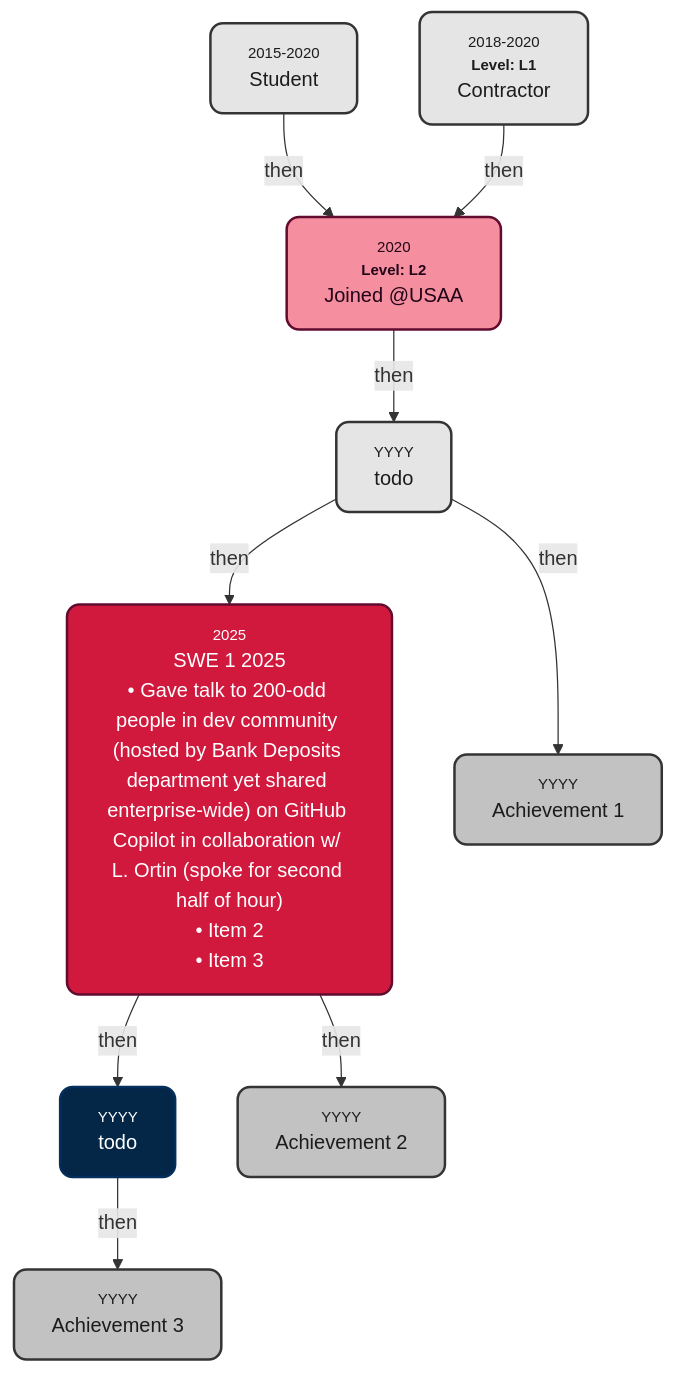
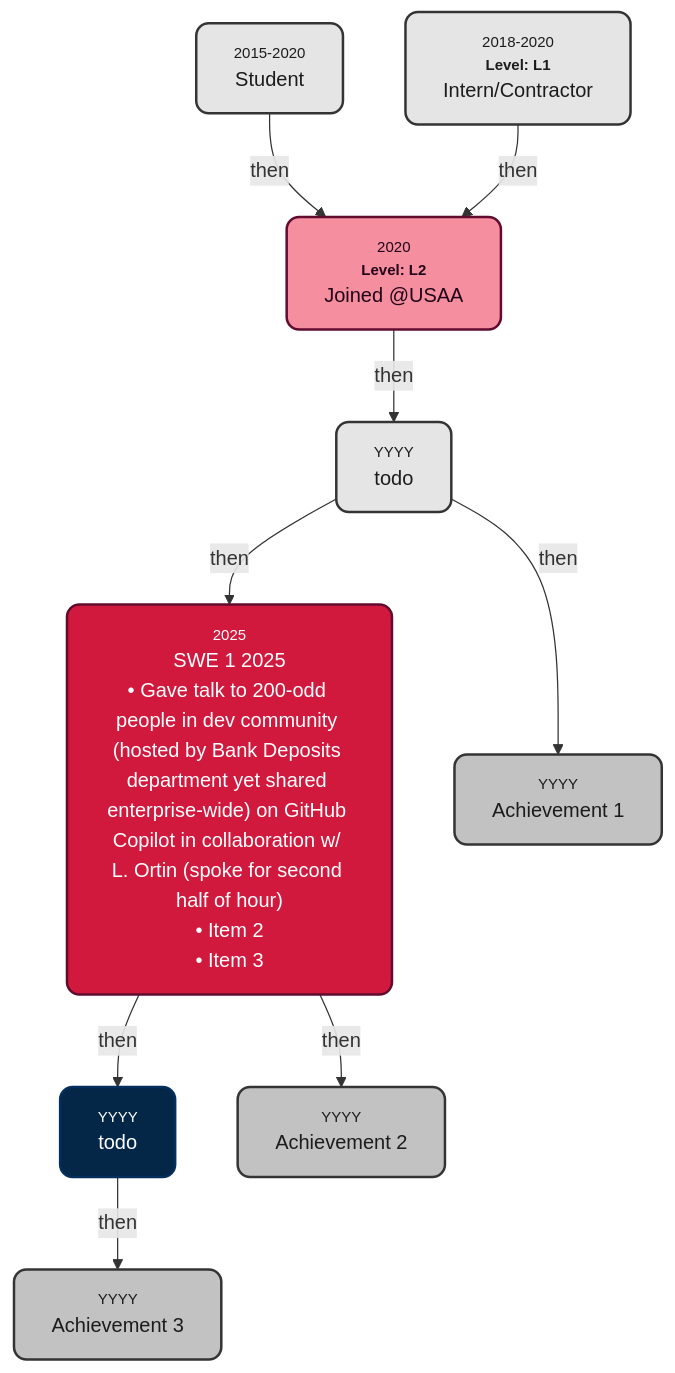
One commit to s-sepanski/portfolio changed the diagram in README.md. Above: the diagram before and after it, drawn with Mermaid.

Commit message:
task: node content

````diff
--- a/README.md
+++ b/README.md
@@ -25,22 +25,22 @@
 ```mermaid
 graph TD
     PreStudentNode["<div style='font-size:75%;  color:#848484; text-align:center;'>2015-2020</div>Student"] -->|then| A["<div style='font-size:75%; color:#848484; text-align:center;'>2020</div><div style='font-size:75%; color:#848484; text-align:center;'><b>Level: L2</b><br/></div>Joined @USAA<br>"]
-    ContractorNode["<div style='font-size:75%; color:#848484; text-align:center;'>2018-2020</div><div style='font-size:75%; color:#848484; text-align:center;'><b>Level: L1</b></div>Contractor"] -->|then| A
+    ContractorNode["<div style='font-size:75%; color:#848484; text-align:center;'>2018-2020</div><div style='font-size:75%; color:#848484; text-align:center;'><b>Level: L1</b></div>Intern/Contractor"] -->|then| A
     A -->|then| B["<div style='font-size:75%; color:#848484; text-align:center;'>YYYY</div>todo"]
     B -->|then| C["<div style='font-size:75%; color:#848484; text-align:center;'>2025</div>SWE 1 2025<br>• Gave talk to 200-odd people in dev community (hosted by Bank Deposits department yet shared enterprise-wide) on GitHub Copilot in collaboration w/ L. Ortin (spoke for second half of hour)<br>• Item 2<br>• Item 3"]
     C -->|then| D["<div style='font-size:75%; color:#848484; text-align:center;'>YYYY</div>todo"]
     B -->|then| E["<div style='font-size:75%; color:#848484; text-align:center;'>YYYY</div>Achievement 1"]
     C -->|then| F["<div style='font-size:75%; color:#848484; text-align:center;'>YYYY</div>Achievement 2"]
     D -->|then| G["<div style='font-size:75%; color:#848484; text-align:center;'>YYYY</div>Achievement 3"]
     style PreStudentNode fill:#e5e5e5,stroke:#343434,stroke-width:2px,color:#1c1c1c
     style ContractorNode fill:#e5e5e5,stroke:#343434,stroke-width:2px,color:#1c1c1c
     style A fill:#f58e9f,stroke:#610b2f,stroke-width:2px,color:#230519
     style B fill:#e5e5e5,stroke:#343434,stroke-width:2px,color:#1c1c1c
     style C fill:#d1193e,stroke:#610b2f,stroke-width:2px,color:#FFFFFF
     style D fill:#042748,stroke:#042e5c,stroke-width:2px,color:#FFFFFF
     style E fill:#c2c2c2,stroke:#343434,stroke-width:2px,color:#1c1c1c
     style F fill:#c2c2c2,stroke:#343434,stroke-width:2px,color:#1c1c1c
     style G fill:#c2c2c2,stroke:#343434,stroke-width:2px,color:#1c1c1c
     classDef rounded stroke-width:2px,rx:10,ry:10;
     class PreStudentNode,ContractorNode,A,B,C,D,E,F,G rounded;
 ```
````
